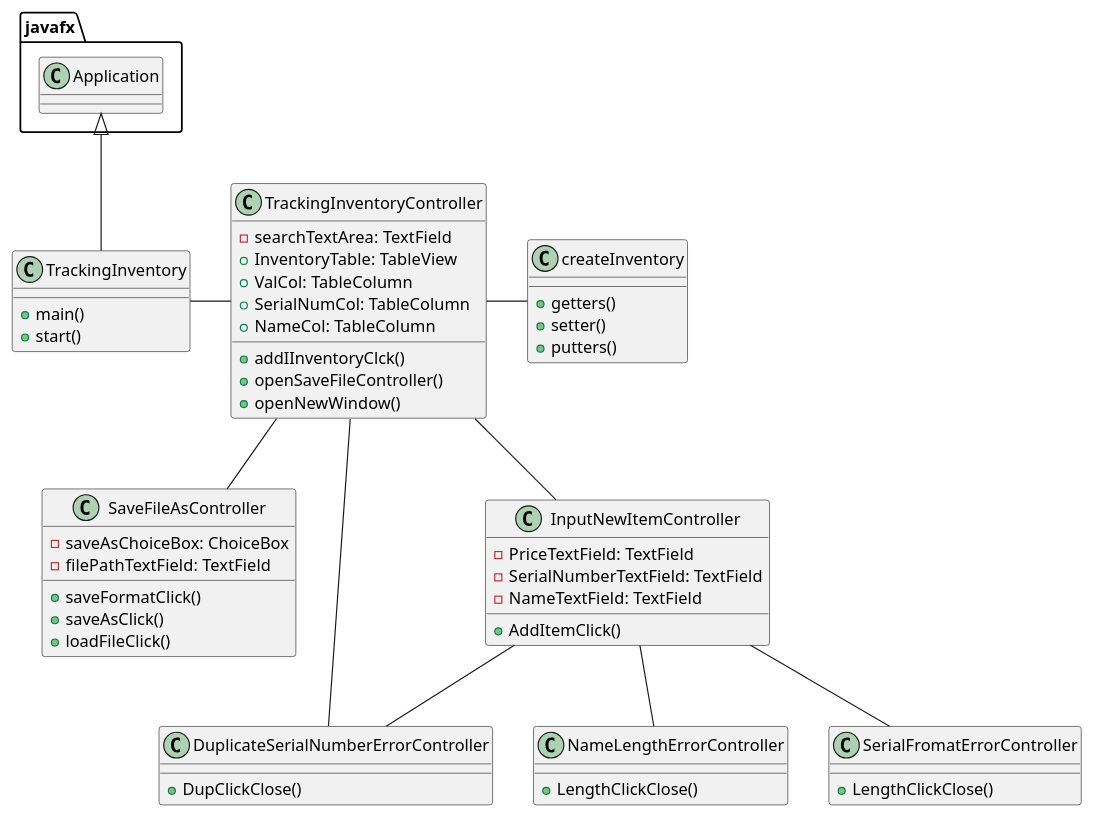
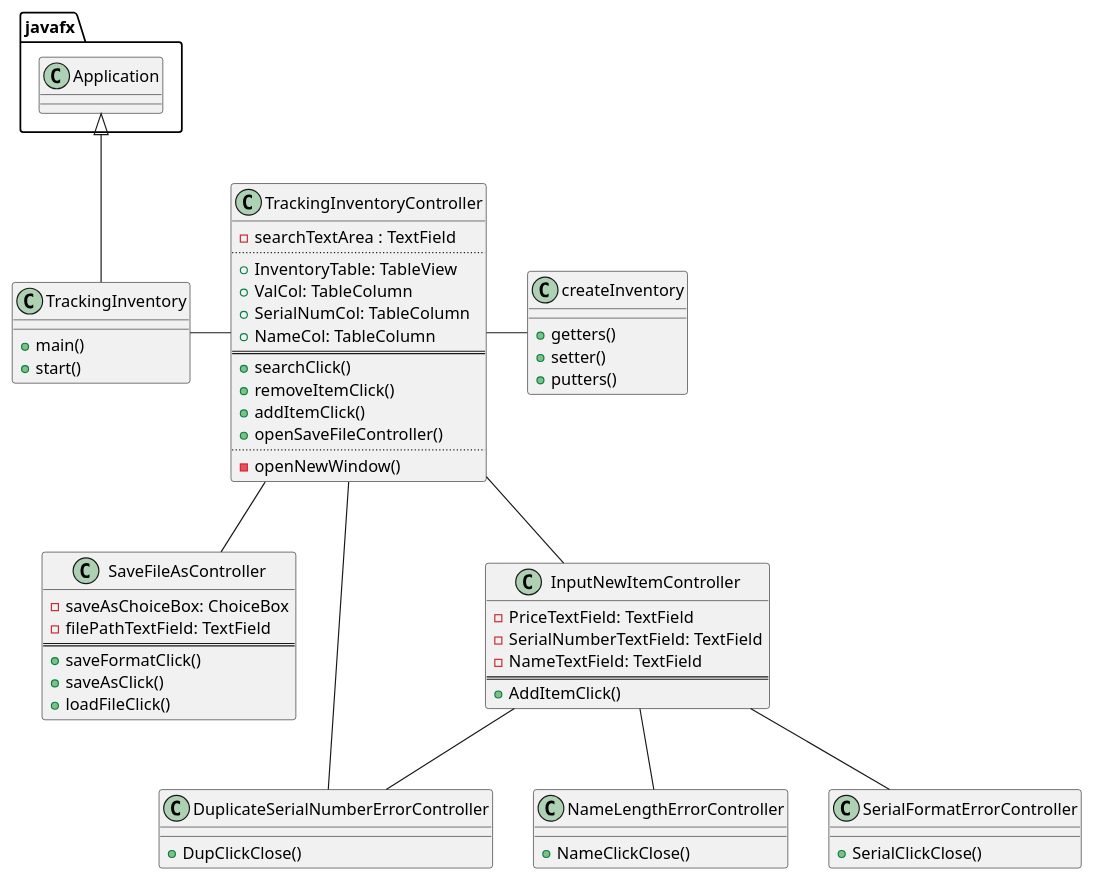
One commit to fshofiquel/Item-Inventory changed the diagram in uml/TrackingInventory.puml. Above: the diagram before and after it, drawn with PlantUML. The commit also changed 7 other files, not shown here.

Commit message:
Minor minor changes and slight change to plantuml and add readme.md placeholder.

```diff
--- a/uml/TrackingInventory.puml
+++ b/uml/TrackingInventory.puml
@@ -1,75 +1,79 @@
 @startuml
 'https://plantuml.com/class-diagram
 
 class TrackingInventory
 {
     + main()
     + start()
 }
 
 class TrackingInventoryController
 {
-    - searchTextArea: TextField
+    - searchTextArea : TextField
+    ..
     + InventoryTable: TableView
     + ValCol: TableColumn
     + SerialNumCol: TableColumn
     + NameCol: TableColumn
-
-    + addIInventoryClck()
+    ==
+    + searchClick()
+    + removeItemClick()
+    + addItemClick()
     + openSaveFileController()
-    + openNewWindow()
+    ..
+    - openNewWindow()
 }
 
 class SaveFileAsController
 {
     - saveAsChoiceBox: ChoiceBox
     - filePathTextField: TextField
-
+    ==
     + saveFormatClick()
     + saveAsClick()
     + loadFileClick()
 }
 
 class InputNewItemController
 {
     - PriceTextField: TextField
     - SerialNumberTextField: TextField
     - NameTextField: TextField
-
+    ==
     + AddItemClick()
 }
 
 class DuplicateSerialNumberErrorController
 {
     + DupClickClose()
 }
 
 class NameLengthErrorController
 {
-    + LengthClickClose()
+    + NameClickClose()
 }
 
-class SerialFromatErrorController
+class SerialFormatErrorController
 {
-    + LengthClickClose()
+    + SerialClickClose()
 }
 
 class createInventory
 {
     +getters()
     +setter()
     +putters()
 }
 
 javafx.Application <|-- TrackingInventory
 
 TrackingInventory - TrackingInventoryController
 TrackingInventoryController - createInventory
 TrackingInventoryController -- SaveFileAsController
 TrackingInventoryController -- InputNewItemController
 TrackingInventoryController -- DuplicateSerialNumberErrorController
 InputNewItemController -- DuplicateSerialNumberErrorController
 InputNewItemController -- NameLengthErrorController
-InputNewItemController -- SerialFromatErrorController
+InputNewItemController -- SerialFormatErrorController
 
 @enduml
```
